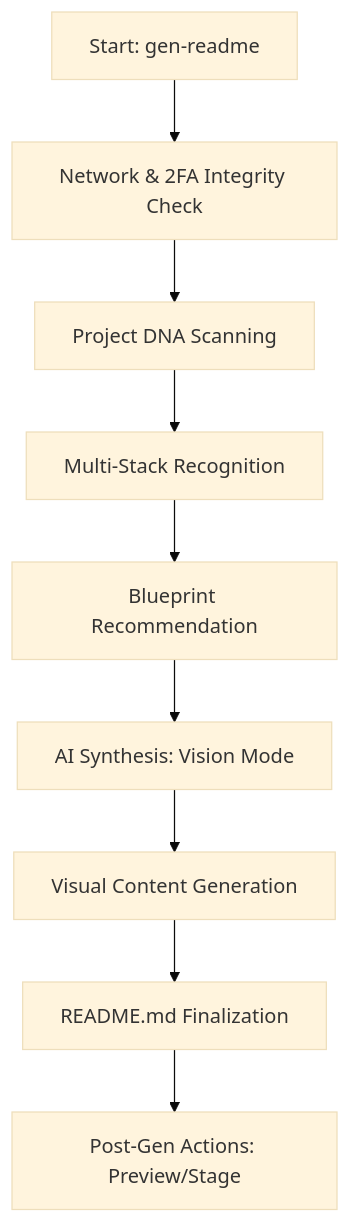
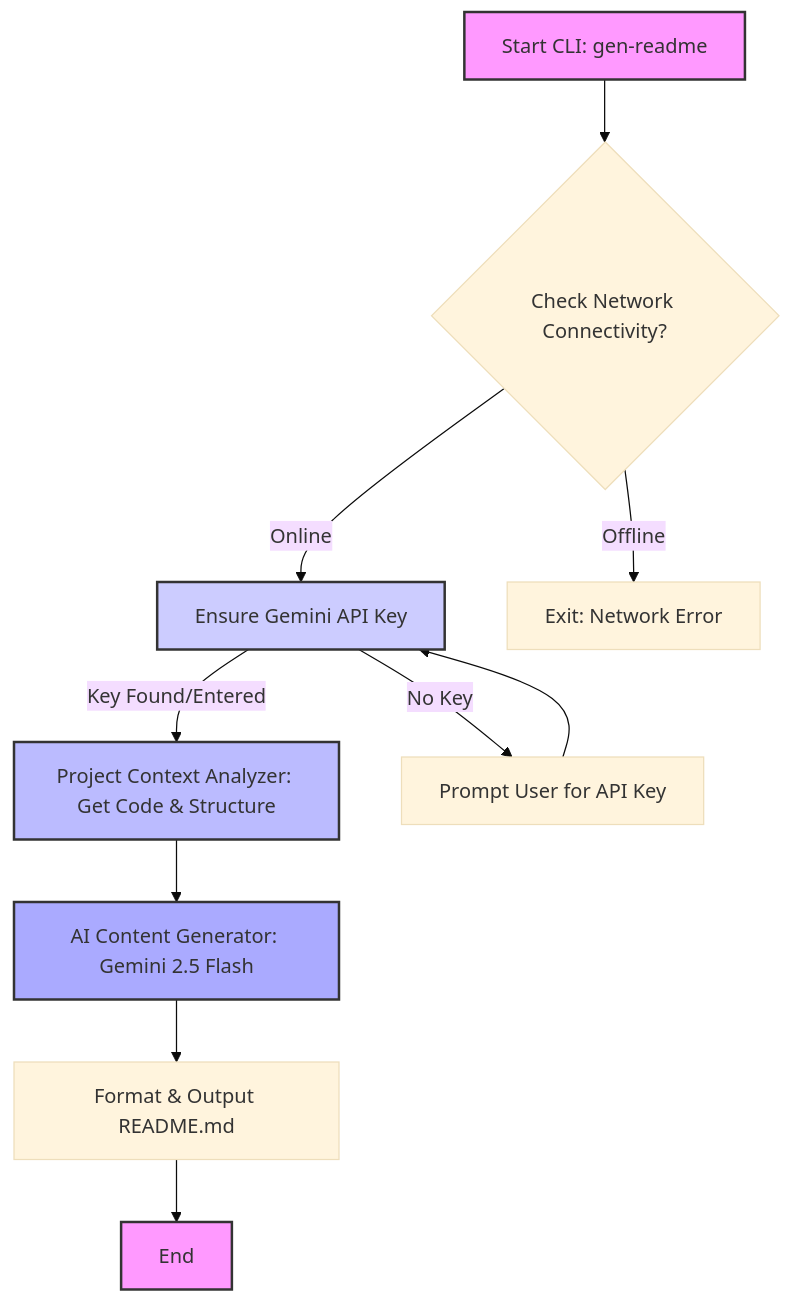
One commit to srikanta2006/Auto-Read-Me changed the diagram in README.md. Above: the diagram before and after it, drawn with Mermaid (base theme). The commit also changed other lines of this file and 24 other files, not shown here.

````diff
--- a/README.md
+++ b/README.md
@@ -50,11 +47,20 @@
 ```mermaid
 graph TD
-    A[Start: gen-readme] --> B[Network & 2FA Integrity Check]
-    B --> C[Project DNA Scanning]
-    C --> D[Multi-Stack Recognition]
-    D --> E[Blueprint Recommendation]
-    E --> F[AI Synthesis: Vision Mode]
-    F --> G[Visual Content Generation]
-    G --> H[README.md Finalization]
-    H --> I[Post-Gen Actions: Preview/Stage]
+    A[Start CLI: gen-readme] --> B{Check Network Connectivity?};
+    B -- Online --> C[Ensure Gemini API Key];
+    B -- Offline --> H[Exit: Network Error];
+
+    C -- Key Found/Entered --> D[Project Context Analyzer: Get Code & Structure];
+    C -- No Key --> I[Prompt User for API Key];
+    I --> C;
+
+    D --> E[AI Content Generator: Gemini 2.5 Flash];
+    E --> F[Format & Output README.md];
+    F --> G[End];
+
+    style A fill:#f9f,stroke:#333,stroke-width:2px;
+    style G fill:#f9f,stroke:#333,stroke-width:2px;
+    style C fill:#ccf,stroke:#333,stroke-width:2px;
+    style D fill:#bbf,stroke:#333,stroke-width:2px;
+    style E fill:#aaf,stroke:#333,stroke-width:2px;
 ```
````
